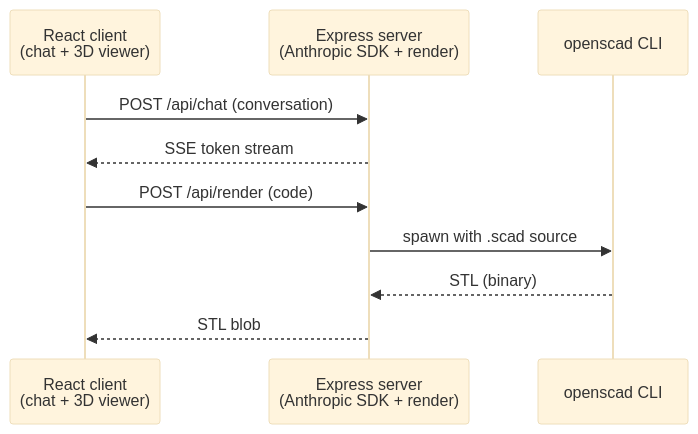
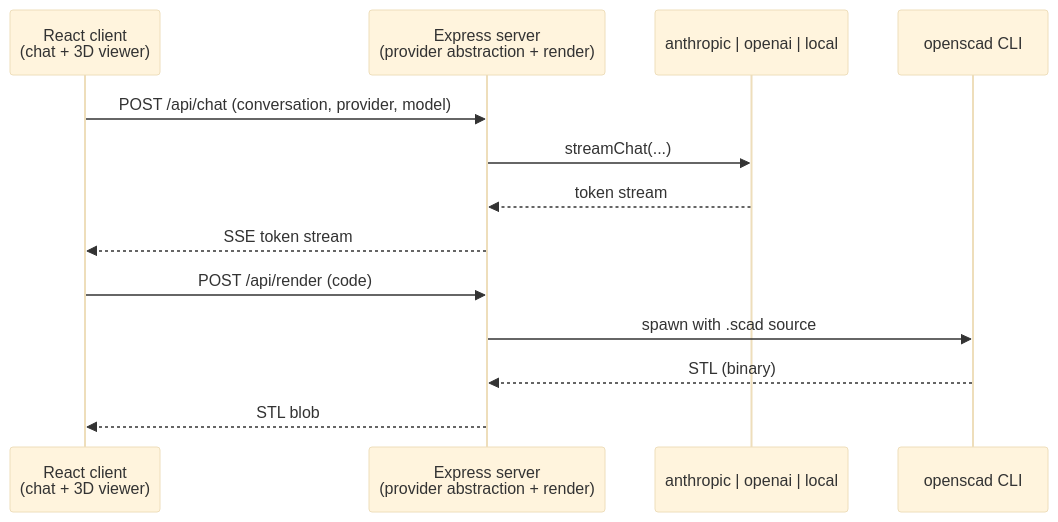
Before and after one commit to JGalego/text2scad: the diagram in README.md, drawn with Mermaid (base theme). The commit also changed other lines of this file and 33 other files, not shown here.

First line of the commit message:
Add OpenAI/local model providers, conversation history, and a GitHub Pages demo

````diff
--- a/README.md
+++ b/README.md
@@ -37,13 +40,16 @@
 ```mermaid
 sequenceDiagram
     participant Client as React client<br/>(chat + 3D viewer)
-    participant Server as Express server<br/>(Anthropic SDK + render)
+    participant Server as Express server<br/>(provider abstraction + render)
+    participant LLM as anthropic | openai | local
     participant OpenSCAD as openscad CLI
 
-    Client->>Server: POST /api/chat (conversation)
+    Client->>Server: POST /api/chat (conversation, provider, model)
+    Server->>LLM: streamChat(...)
+    LLM-->>Server: token stream
     Server-->>Client: SSE token stream
     Client->>Server: POST /api/render (code)
     Server->>OpenSCAD: spawn with .scad source
     OpenSCAD-->>Server: STL (binary)
     Server-->>Client: STL blob
 ```
````
